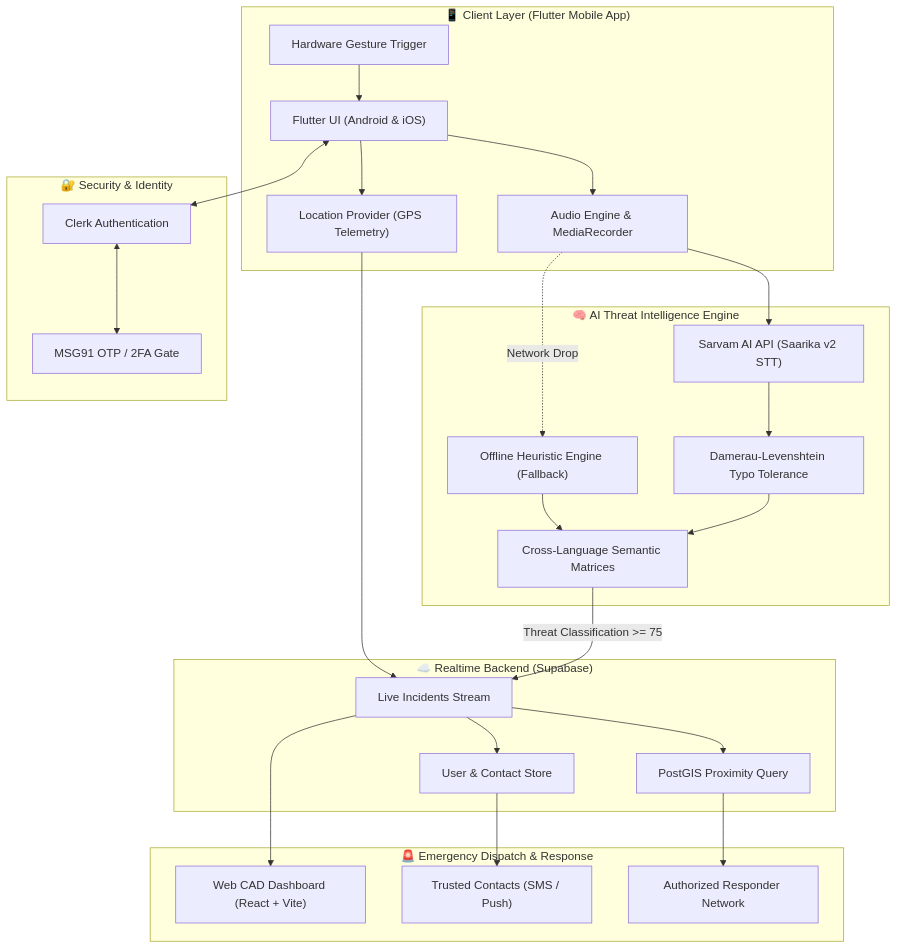
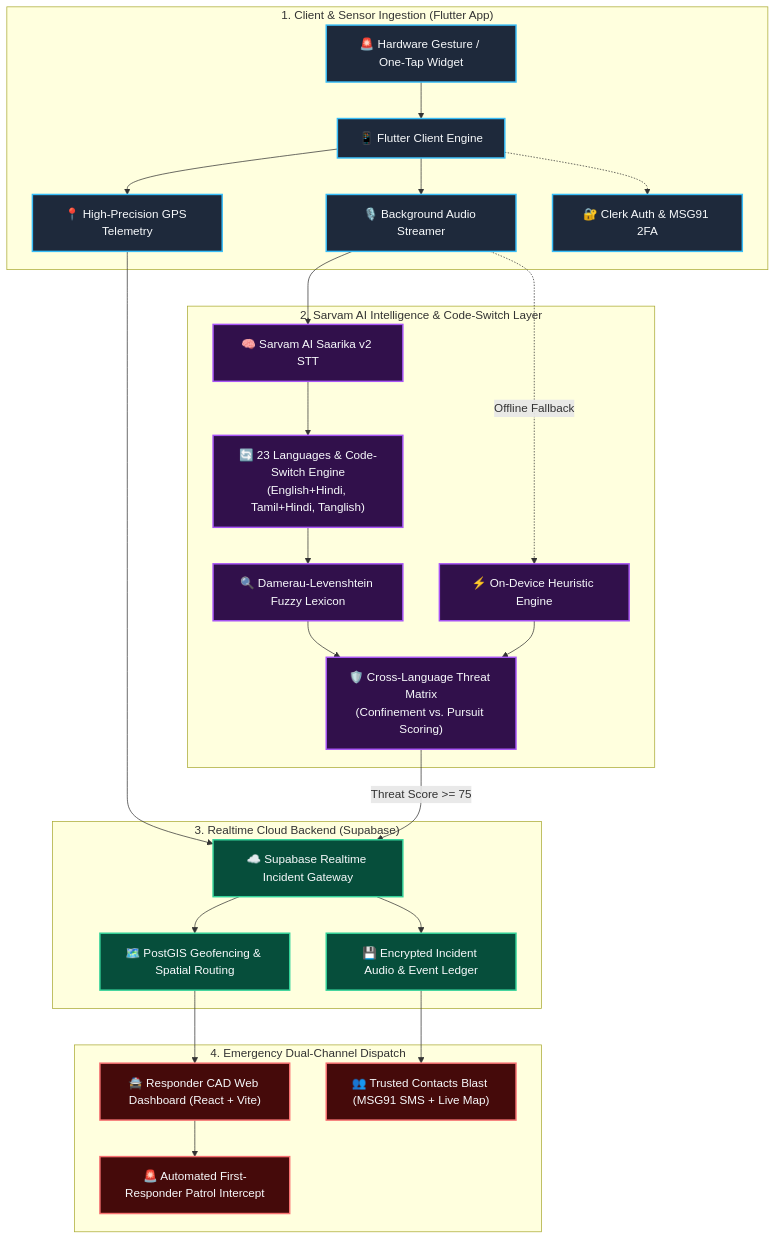
Before and after one commit to DharoonBalajii/ai-women-safety: the diagram in README.md, drawn with Mermaid. The commit also changed other lines of this file, not shown here.

````diff
--- a/README.md
+++ b/README.md
@@ -183,54 +217,41 @@
 ```mermaid
 flowchart TD
-    subgraph ClientLayer ["📱 Client Layer (Flutter Mobile App)"]
-        UI["Flutter UI (Android & iOS)"]
-        HW["Hardware Gesture Trigger"]
-        AUDIO["Audio Engine & MediaRecorder"]
-        GPS["Location Provider (GPS Telemetry)"]
+    classDef client fill:#1e293b,stroke:#38bdf8,stroke-width:2px,color:#f8fafc;
+    classDef ai fill:#31104b,stroke:#a855f7,stroke-width:2px,color:#f8fafc;
+    classDef backend fill:#064e3b,stroke:#34d399,stroke-width:2px,color:#f8fafc;
+    classDef dispatch fill:#450a0a,stroke:#f87171,stroke-width:2px,color:#f8fafc;
+
+    subgraph S1 ["1. Client & Sensor Ingestion (Flutter App)"]
+        A["🚨 Hardware Gesture / One-Tap Widget"] --> B["📱 Flutter Client Engine"]
+        B --> C["📍 High-Precision GPS Telemetry"]
+        B --> D["🎙️ Background Audio Streamer"]
+        B -.-> E["🔐 Clerk Auth & MSG91 2FA"]
     end
 
-    subgraph SecurityLayer ["🔐 Security & Identity"]
-        CLERK["Clerk Authentication"]
-        MSG["MSG91 OTP / 2FA Gate"]
+    subgraph S2 ["2. Sarvam AI Intelligence & Code-Switch Layer"]
+        D --> F["🧠 Sarvam AI Saarika v2 STT"]
+        F --> G["🔄 23 Languages & Code-Switch Engine\n(English+Hindi, Tamil+Hindi, Tanglish)"]
+        G --> H["🔍 Damerau-Levenshtein Fuzzy Lexicon"]
+        H --> I["🛡️ Cross-Language Threat Matrix\n(Confinement vs. Pursuit Scoring)"]
+        D -.->|Offline Fallback| J["⚡ On-Device Heuristic Engine"]
+        J --> I
     end
 
-    subgraph IntelligenceLayer ["🧠 AI Threat Intelligence Engine"]
-        SARVAM["Sarvam AI API (Saarika v2 STT)"]
-        HEURISTIC["Offline Heuristic Engine (Fallback)"]
-        FUZZY["Damerau-Levenshtein Typo Tolerance"]
-        MATRIX["Cross-Language Semantic Matrices"]
+    subgraph S3 ["3. Realtime Cloud Backend (Supabase)"]
+        C --> K["☁️ Supabase Realtime Incident Gateway"]
+        I -->|Threat Score >= 75| K
+        K --> L["🗺️ PostGIS Geofencing & Spatial Routing"]
+        K --> M["💾 Encrypted Incident Audio & Event Ledger"]
     end
 
-    subgraph BackendLayer ["☁️ Realtime Backend (Supabase)"]
-        AUTH_DB["User & Contact Store"]
-        INCIDENTS["Live Incidents Stream"]
-        GEO["PostGIS Proximity Query"]
+    subgraph S4 ["4. Emergency Dual-Channel Dispatch"]
+        L --> N["🚔 Responder CAD Web Dashboard (React + Vite)"]
+        M --> O["👥 Trusted Contacts Blast (MSG91 SMS + Live Map)"]
+        N --> P["🚨 Automated First-Responder Patrol Intercept"]
     end
 
-    subgraph ActionLayer ["🚨 Emergency Dispatch & Response"]
-        CONTACTS["Trusted Contacts (SMS / Push)"]
-        RESPONDERS["Authorized Responder Network"]
-        CAD["Web CAD Dashboard (React + Vite)"]
-    end
-
-    HW --> UI
-    UI --> AUDIO
-    UI --> GPS
-    UI <--> CLERK
-    CLERK <--> MSG
-
-    AUDIO --> SARVAM
-    AUDIO -.->|Network Drop| HEURISTIC
-    SARVAM --> FUZZY
-    HEURISTIC --> MATRIX
-    FUZZY --> MATRIX
-
-    MATRIX -->|Threat Classification >= 75| INCIDENTS
-    GPS --> INCIDENTS
-    INCIDENTS --> GEO
-    INCIDENTS --> AUTH_DB
-
-    AUTH_DB --> CONTACTS
-    GEO --> RESPONDERS
-    INCIDENTS --> CAD
+    class A,B,C,D,E client;
+    class F,G,H,I,J ai;
+    class K,L,M backend;
+    class N,O,P dispatch;
 ```
````
